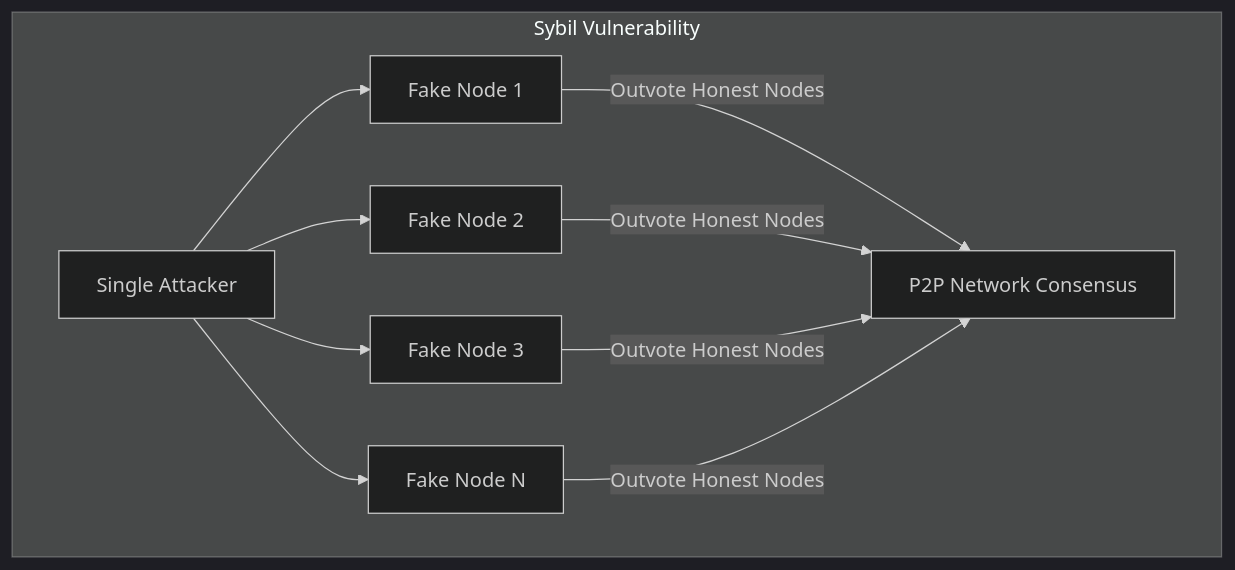
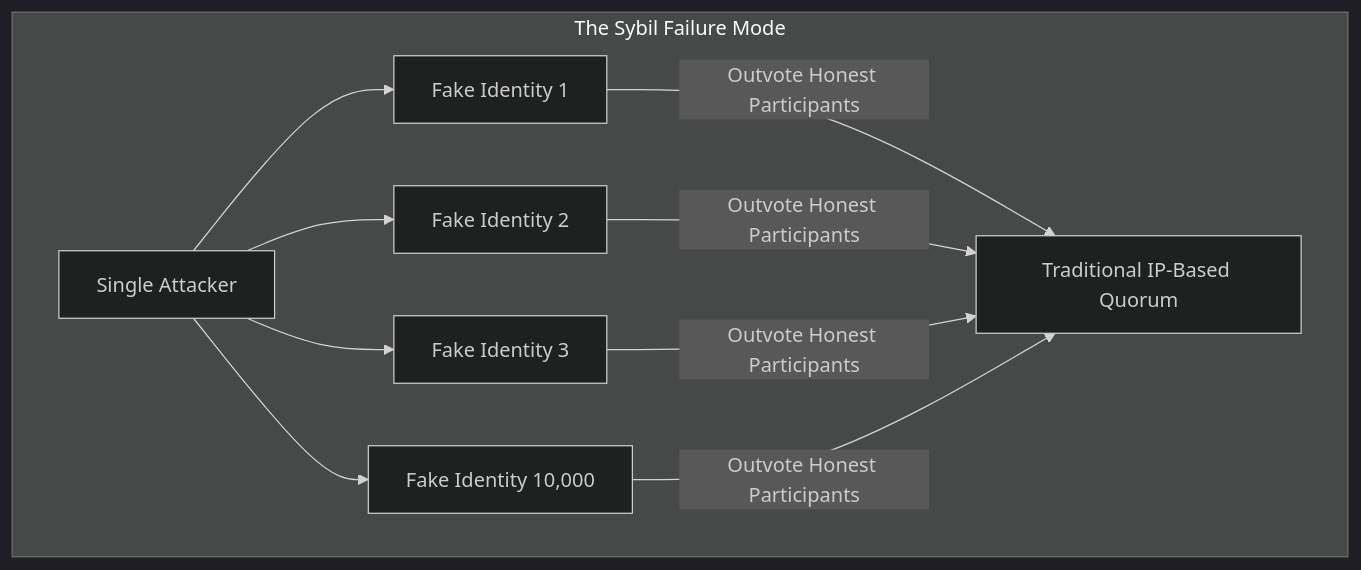
Before and after one commit to ub-society/modules: the first of 6 diagrams in docs/learn/fundamentals/03-consensus-and-game-theory/02-proof-of-work-and-nakamoto-consensus.md, drawn with Mermaid (dark theme). The commit also changed other lines of this file and 3 other files, not shown here.

````diff
--- a/docs/learn/fundamentals/03-consensus-and-game-theory/02-proof-of-work-and-nakamoto-consensus.md
+++ b/docs/learn/fundamentals/03-consensus-and-game-theory/02-proof-of-work-and-nakamoto-consensus.md
@@ -13,10 +19,11 @@
 ```mermaid
 flowchart TD
-    subgraph Sybil Vulnerability
-        A[Single Attacker] --> ID1[Fake Node 1]
-        A --> ID2[Fake Node 2]
-        A --> ID3[Fake Node 3]
-        A --> IDn[Fake Node N]
-        ID1 & ID2 & ID3 & IDn -->|Outvote Honest Nodes| Net[P2P Network Consensus]
+    subgraph The Sybil Failure Mode
+        Attacker[Single Attacker] --> VM1[Fake Identity 1]
+        Attacker --> VM2[Fake Identity 2]
+        Attacker --> VM3[Fake Identity 3]
+        Attacker --> VMn[Fake Identity 10,000]
+
+        VM1 & VM2 & VM3 & VMn -->|Outvote Honest Participants| Consensus[Traditional IP-Based Quorum]
     end
 ```
````
